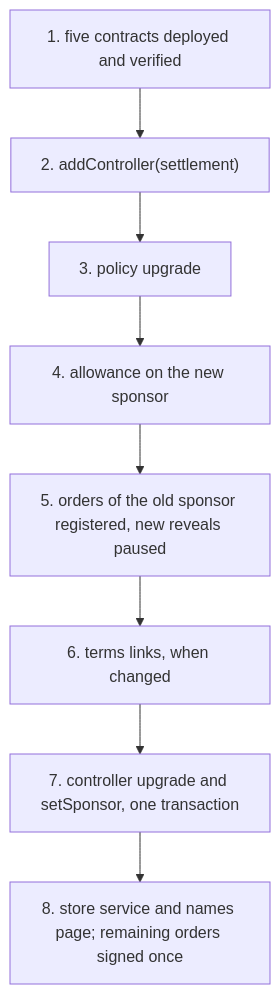
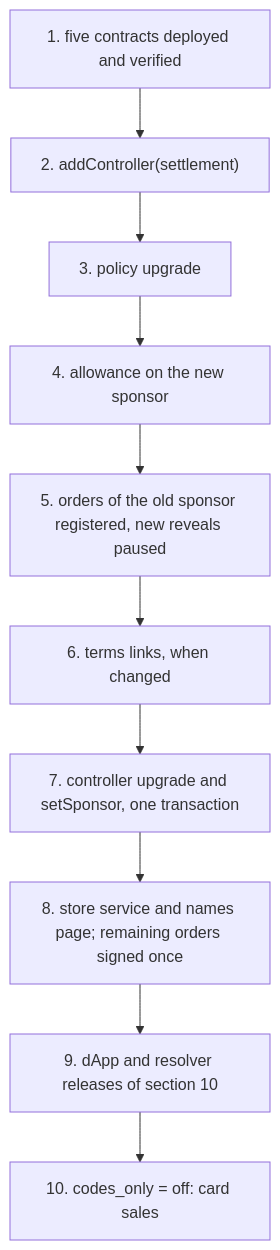
The fifth of 7 diagrams in docs/plans/payment-reversal.md (brenzi-agent/simplex-namespace-contract), drawn with Mermaid before and after one commit. The commit also changed other lines of this file, not shown here.

Commit message:
docs: reversible days, claim flow and sales gate in the plan

````diff
--- a/docs/plans/payment-reversal.md
+++ b/docs/plans/payment-reversal.md
@@ -309,10 +346,12 @@
 ```mermaid
 flowchart TD
   s1["1. five contracts deployed and verified"] --> s2["2. addController(settlement)"]
   s2 --> s3["3. policy upgrade"]
   s3 --> s4["4. allowance on the new sponsor"]
   s4 --> s5["5. orders of the old sponsor registered, new reveals paused"]
   s5 --> s6["6. terms links, when changed"]
   s6 --> s7["7. controller upgrade and setSponsor, one transaction"]
   s7 --> s8["8. store service and names page; remaining orders signed once"]
+  s8 --> s9["9. dApp and resolver releases of section 10"]
+  s9 --> s10["10. codes_only = off: card sales"]
 ```
````
